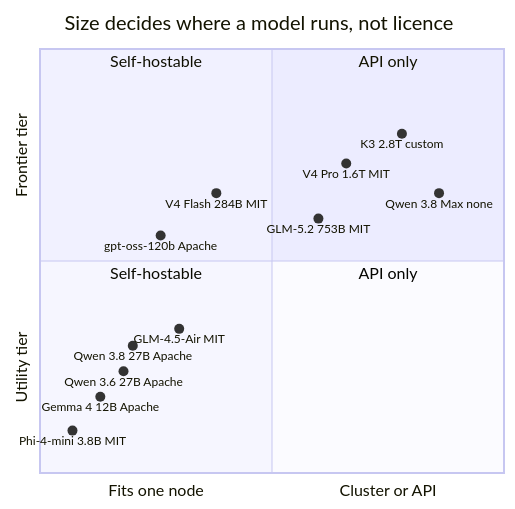
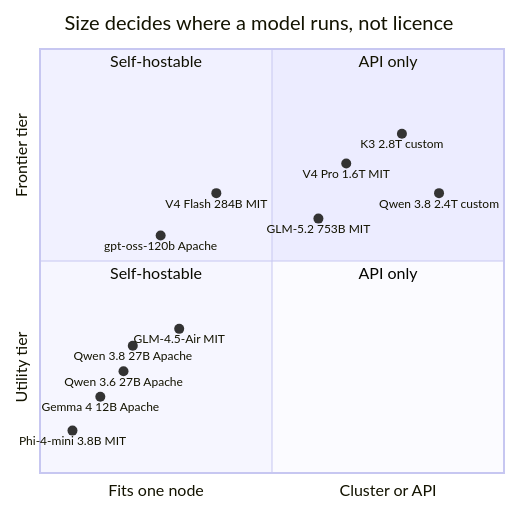
One commit to mlvpatel/open-weight-agent-stack changed diagram 19 of 20 in MANUAL.md. Above: the diagram before and after it, drawn with Mermaid. The commit also changed other lines of this file and 6 other files, not shown here.

````diff
--- a/MANUAL.md
+++ b/MANUAL.md
@@ -1742,21 +1761,21 @@
 ```mermaid
 quadrantChart
     title Size decides where a model runs, not licence
     x-axis "Fits one node" --> "Cluster or API"
     y-axis "Utility tier" --> "Frontier tier"
     quadrant-1 "API only"
     quadrant-2 "Self-hostable"
     quadrant-3 "Self-hostable"
     quadrant-4 "API only"
     "K3 2.8T custom": [0.78, 0.80]
-    "Qwen 3.8 Max none": [0.86, 0.66]
+    "Qwen 3.8 2.4T custom": [0.86, 0.66]
     "V4 Pro 1.6T MIT": [0.66, 0.73]
     "GLM-5.2 753B MIT": [0.60, 0.60]
     "V4 Flash 284B MIT": [0.38, 0.66]
     "gpt-oss-120b Apache": [0.26, 0.56]
     "GLM-4.5-Air MIT": [0.30, 0.34]
     "Qwen 3.8 27B Apache": [0.20, 0.30]
     "Qwen 3.6 27B Apache": [0.18, 0.24]
     "Gemma 4 12B Apache": [0.13, 0.18]
     "Phi-4-mini 3.8B MIT": [0.07, 0.10]
 ```
````
